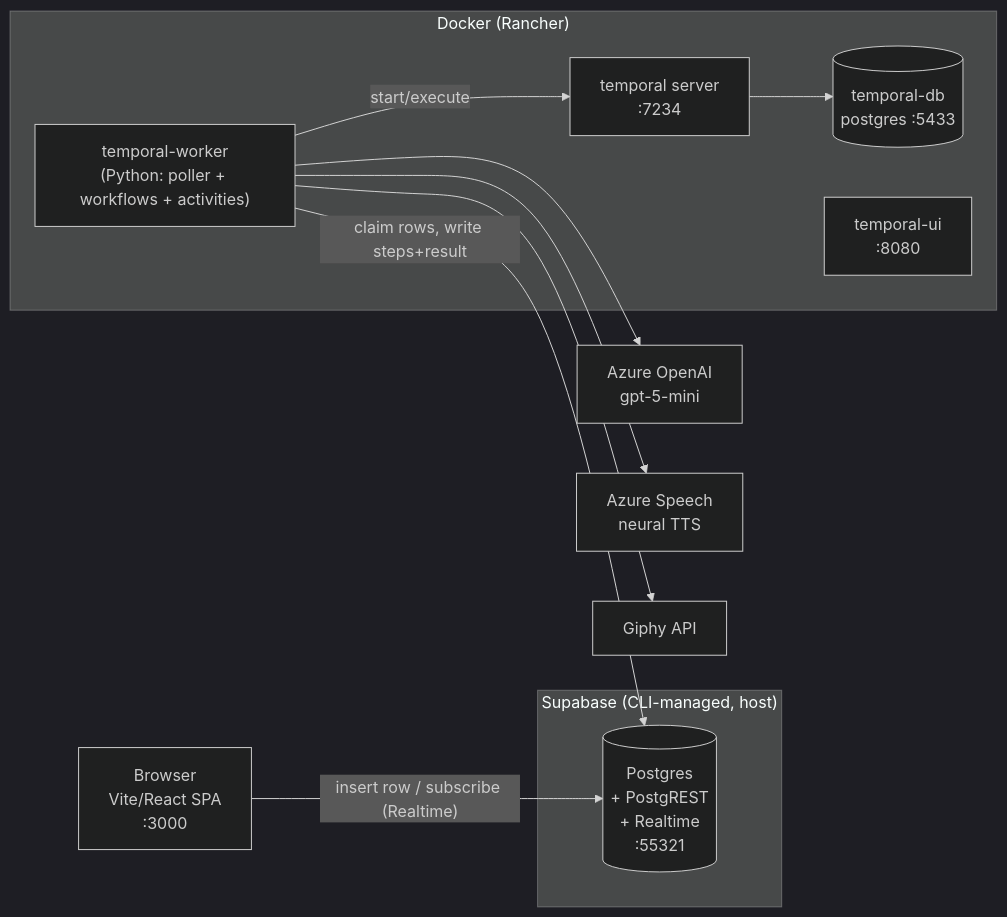
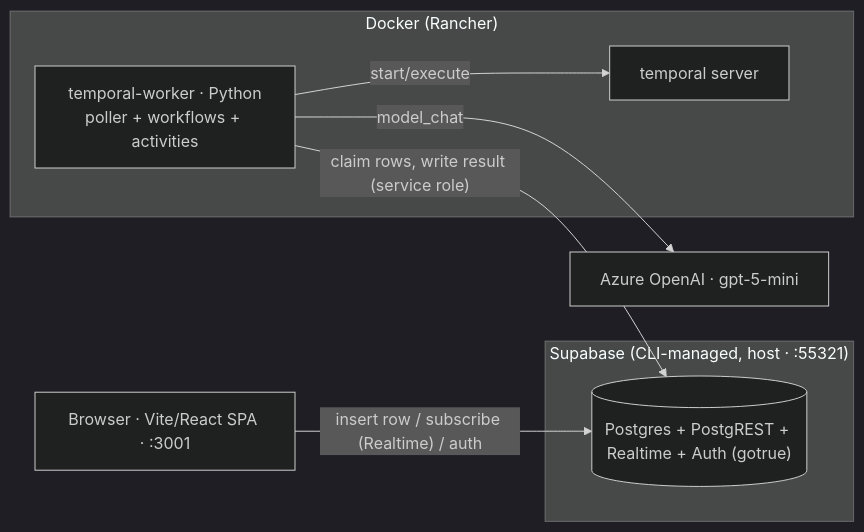
The first of 2 diagrams in docs/architecture/product-architecture.md (AlexitsP/agentic-feature-development), drawn with Mermaid (dark theme) before and after one commit. The commit also changed other lines of this file and 9 other files, not shown here.

First line of the commit message:
docs: platform documentation — index, architecture, tech-stack, testing + per-library manifestos (#41)

````diff
--- a/docs/architecture/product-architecture.md
+++ b/docs/architecture/product-architecture.md
@@ -34,24 +34,17 @@
 ```mermaid
 flowchart LR
-    browser["Browser<br/>Vite/React SPA<br/>:3000"]
-    subgraph supa["Supabase (CLI-managed, host)"]
-      pg[("Postgres<br/>+ PostgREST<br/>+ Realtime<br/>:55321")]
+    browser["Browser · Vite/React SPA · :3001"]
+    subgraph supa["Supabase (CLI-managed, host · :55321)"]
+      pg[("Postgres + PostgREST + Realtime + Auth (gotrue)")]
     end
     subgraph docker["Docker (Rancher)"]
-      worker["temporal-worker<br/>(Python: poller + workflows + activities)"]
-      temporal["temporal server<br/>:7234"]
-      tdb[("temporal-db<br/>postgres :5433")]
-      tui["temporal-ui<br/>:8080"]
+      worker["temporal-worker · Python<br/>poller + workflows + activities"]
+      temporal["temporal server"]
     end
-    azoai["Azure OpenAI<br/>gpt-5-mini"]
-    azspeech["Azure Speech<br/>neural TTS"]
-    giphy["Giphy API"]
+    azoai["Azure OpenAI · gpt-5-mini"]
 
-    browser -->|"insert row / subscribe (Realtime)"| pg
-    worker -->|"claim rows, write steps+result"| pg
+    browser -->|"insert row / subscribe (Realtime) / auth"| pg
+    worker -->|"claim rows, write result (service role)"| pg
     worker -->|"start/execute"| temporal
-    temporal --> tdb
-    worker --> azoai
-    worker --> azspeech
-    worker --> giphy
+    worker -->|"model_chat"| azoai
 ```
````
